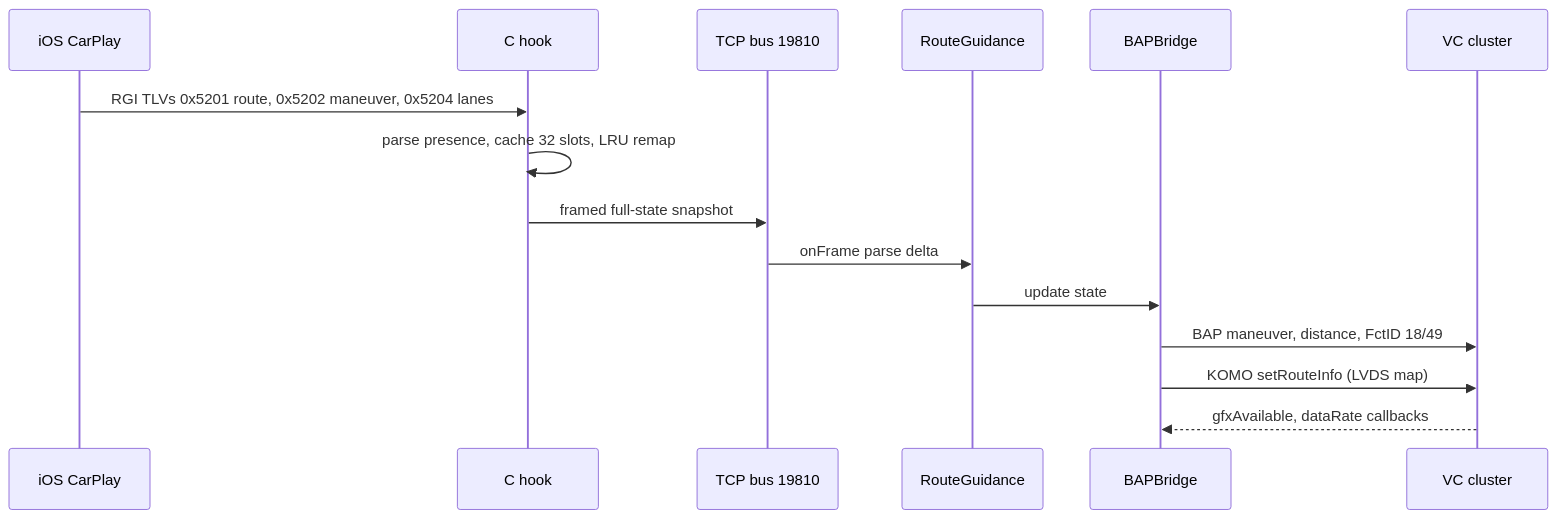
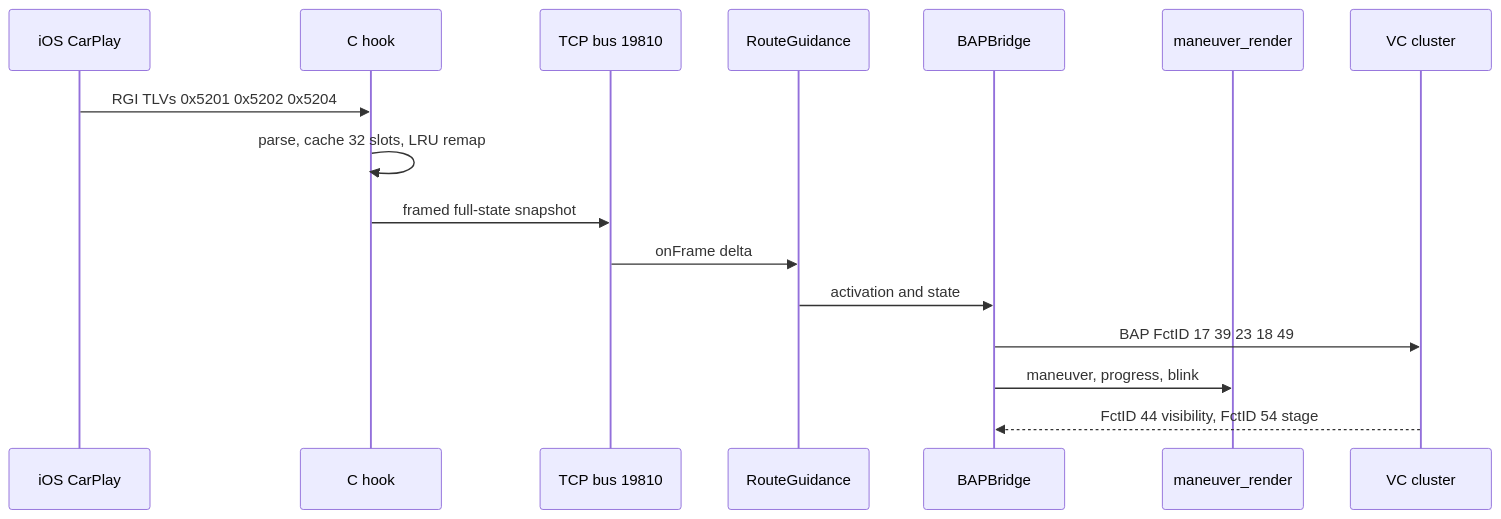
One commit to luka-dev/mib2q-carplay-rgi changed the first of 2 diagrams in docs-obsidian/Cluster and RGI/RGI and BAP Bridge.md. Above: the diagram before and after it, drawn with Mermaid. The commit also changed other lines of this file and 43 other files, not shown here.

````diff
--- a/docs-obsidian/Cluster and RGI/RGI and BAP Bridge.md
+++ b/docs-obsidian/Cluster and RGI/RGI and BAP Bridge.md
@@ -18,19 +22,20 @@
 ```mermaid
 sequenceDiagram
   accTitle: iAP2 RGI to cluster sequence
-  accDescr: iOS route guidance flows through the hook and TCP bus into Java BAPBridge, then to the VC cluster over BAP and KOMO.
+  accDescr: iOS route guidance goes through the hook and TCP bus into Java RouteGuidance and BAPBridge, then to the VC over BAP and to maneuver_render over TCP 19800.
   participant iOS as iOS CarPlay
   participant Hook as C hook
   participant Bus as TCP bus 19810
   participant RG as RouteGuidance
   participant BB as BAPBridge
+  participant MR as maneuver_render
   participant VC as VC cluster
-  iOS->>Hook: RGI TLVs 0x5201 route, 0x5202 maneuver, 0x5204 lanes
-  Hook->>Hook: parse presence, cache 32 slots, LRU remap
+  iOS->>Hook: RGI TLVs 0x5201 0x5202 0x5204
+  Hook->>Hook: parse, cache 32 slots, LRU remap
   Hook->>Bus: framed full-state snapshot
-  Bus->>RG: onFrame parse delta
-  RG->>BB: update state
-  BB->>VC: BAP maneuver, distance, FctID 18/49
-  BB->>VC: KOMO setRouteInfo (LVDS map)
-  VC-->>BB: gfxAvailable, dataRate callbacks
+  Bus->>RG: onFrame delta
+  RG->>BB: activation and state
+  BB->>VC: BAP FctID 17 39 23 18 49
+  BB->>MR: maneuver, progress, blink
+  VC-->>BB: FctID 44 visibility, FctID 54 stage
 ```
````
